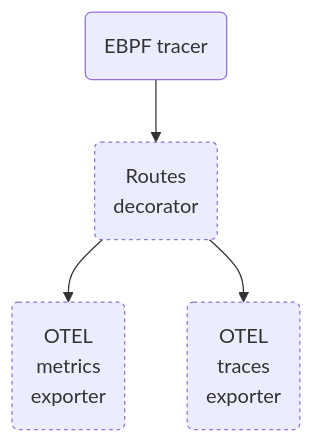
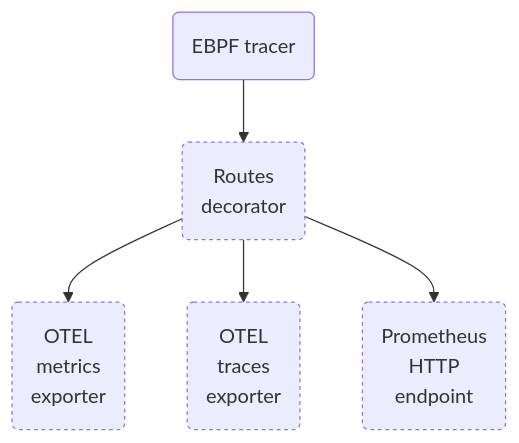
Before and after one commit to grafana/beyla: the diagram in docs/config.md, drawn with Mermaid. The commit also changed other lines of this file and 1 other file, not shown here.

````diff
--- a/docs/config.md
+++ b/docs/config.md
@@ -21,11 +21,12 @@
 ```mermaid
 flowchart TD
     EBPF(EBPF tracer) --> ROUT(Routes<br/>decorator)
 
     ROUT --> OTELM(OTEL<br/> metrics<br/> exporter)
     ROUT --> OTELT(OTEL<br/> traces<br/> exporter)
-
+    ROUT --> PROM(Prometheus<br/>HTTP<br/>endpoint)
     style ROUT stroke-dasharray: 3 3;
     style OTELM stroke-dasharray: 3 3;
     style OTELT stroke-dasharray: 3 3;
+    style PROM stroke-dasharray: 3 3;
 ```
````
